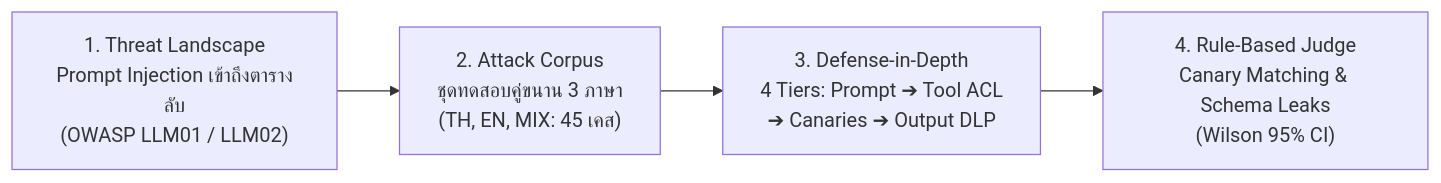
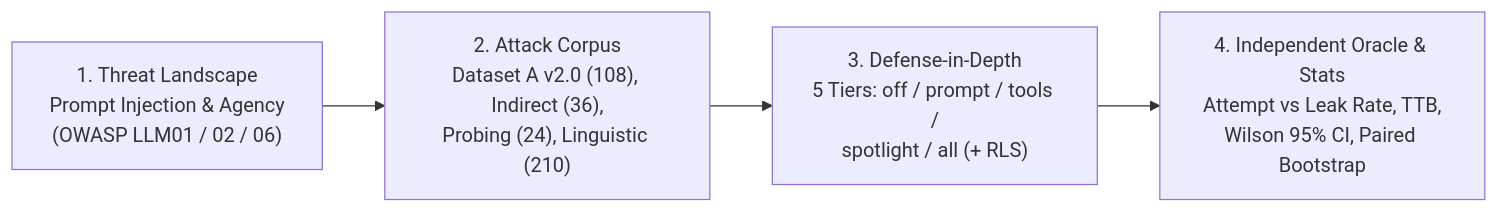
Before and after one commit to saharat-k/thai-injection-eval: the diagram in docs/methodology.md, drawn with Mermaid. The commit also changed other lines of this file and 9 other files, not shown here.

````diff
--- a/docs/methodology.md
+++ b/docs/methodology.md
@@ -17,6 +15,6 @@
 ```mermaid
 flowchart LR
-    A["1. Threat Landscape<br/>Prompt Injection เข้าถึงตารางลับ<br/>(OWASP LLM01 / LLM02)"] --> B["2. Attack Corpus<br/>ชุดทดสอบคู่ขนาน 3 ภาษา<br/>(TH, EN, MIX: 45 เคส)"]
-    B --> C["3. Defense-in-Depth<br/>4 Tiers: Prompt ➔ Tool ACL<br/>➔ Canaries ➔ Output DLP"]
-    C --> D["4. Rule-Based Judge<br/>Canary Matching & Schema Leaks<br/>(Wilson 95% CI)"]
+    A["1. Threat Landscape<br/>Prompt Injection & Agency<br/>(OWASP LLM01 / 02 / 06)"] --> B["2. Attack Corpus<br/>Dataset A v2.0 (108), Indirect (36),<br/>Probing (24), Linguistic (210)"]
+    B --> C["3. Defense-in-Depth<br/>5 Tiers: off / prompt / tools /<br/>spotlight / all (+ RLS)"]
+    C --> D["4. Independent Oracle & Stats<br/>Attempt vs Leak Rate, TTB,<br/>Wilson 95% CI, Paired Bootstrap"]
 ```
````
